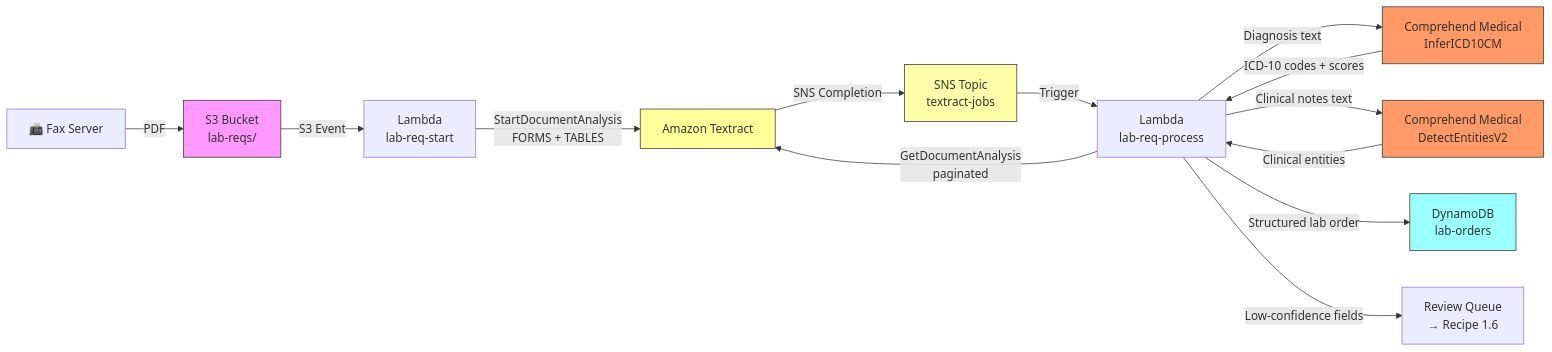
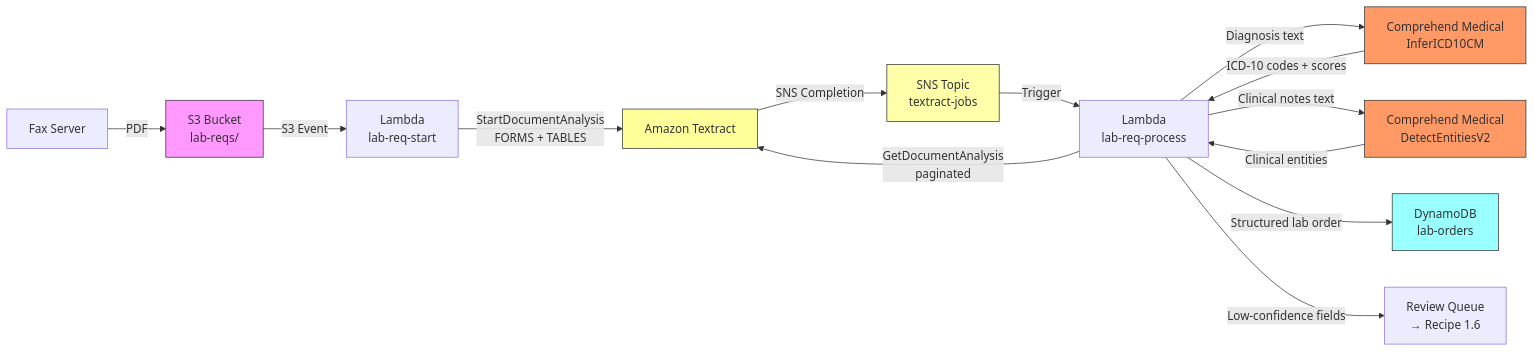
One commit to ccrngd1/HCLS-ai-book changed the diagram in chapter01.03-architecture.md. Above: the diagram before and after it, drawn with Mermaid. The commit also changed other lines of this file and 515 other files, not shown here.

````diff
--- a/chapter01.03-architecture.md
+++ b/chapter01.03-architecture.md
@@ -26,22 +26,22 @@
 ```mermaid
 flowchart LR
-    A[📠 Fax Server] -->|PDF| B[S3 Bucket\nlab-reqs/]
-    B -->|S3 Event| C[Lambda\nlab-req-start]
-    C -->|StartDocumentAnalysis\nFORMS + TABLES| D[Amazon Textract]
-    D -->|SNS Completion| E[SNS Topic\ntextract-jobs]
-    E -->|Trigger| F[Lambda\nlab-req-process]
-    F -->|GetDocumentAnalysis\npaginated| D
-    F -->|Diagnosis text| G[Comprehend Medical\nInferICD10CM]
-    F -->|Clinical notes text| H[Comprehend Medical\nDetectEntitiesV2]
-    G -->|ICD-10 codes + scores| F
-    H -->|Clinical entities| F
-    F -->|Structured lab order| I[DynamoDB\nlab-orders]
-    F -->|Low-confidence fields| J[Review Queue\n→ Recipe 1.6]
+ A[Fax Server] -->|PDF| B[S3 Bucket\nlab-reqs/]
+ B -->|S3 Event| C[Lambda\nlab-req-start]
+ C -->|StartDocumentAnalysis\nFORMS + TABLES| D[Amazon Textract]
+ D -->|SNS Completion| E[SNS Topic\ntextract-jobs]
+ E -->|Trigger| F[Lambda\nlab-req-process]
+ F -->|GetDocumentAnalysis\npaginated| D
+ F -->|Diagnosis text| G[Comprehend Medical\nInferICD10CM]
+ F -->|Clinical notes text| H[Comprehend Medical\nDetectEntitiesV2]
+ G -->|ICD-10 codes + scores| F
+ H -->|Clinical entities| F
+ F -->|Structured lab order| I[DynamoDB\nlab-orders]
+ F -->|Low-confidence fields| J[Review Queue\n→ Recipe 1.6]
 
-    style B fill:#f9f,stroke:#333
-    style D fill:#ff9,stroke:#333
-    style G fill:#f96,stroke:#333
-    style H fill:#f96,stroke:#333
-    style I fill:#9ff,stroke:#333
-    style E fill:#ffa,stroke:#333
+ style B fill:#f9f,stroke:#333
+ style D fill:#ff9,stroke:#333
+ style G fill:#f96,stroke:#333
+ style H fill:#f96,stroke:#333
+ style I fill:#9ff,stroke:#333
+ style E fill:#ffa,stroke:#333
 ```
````
